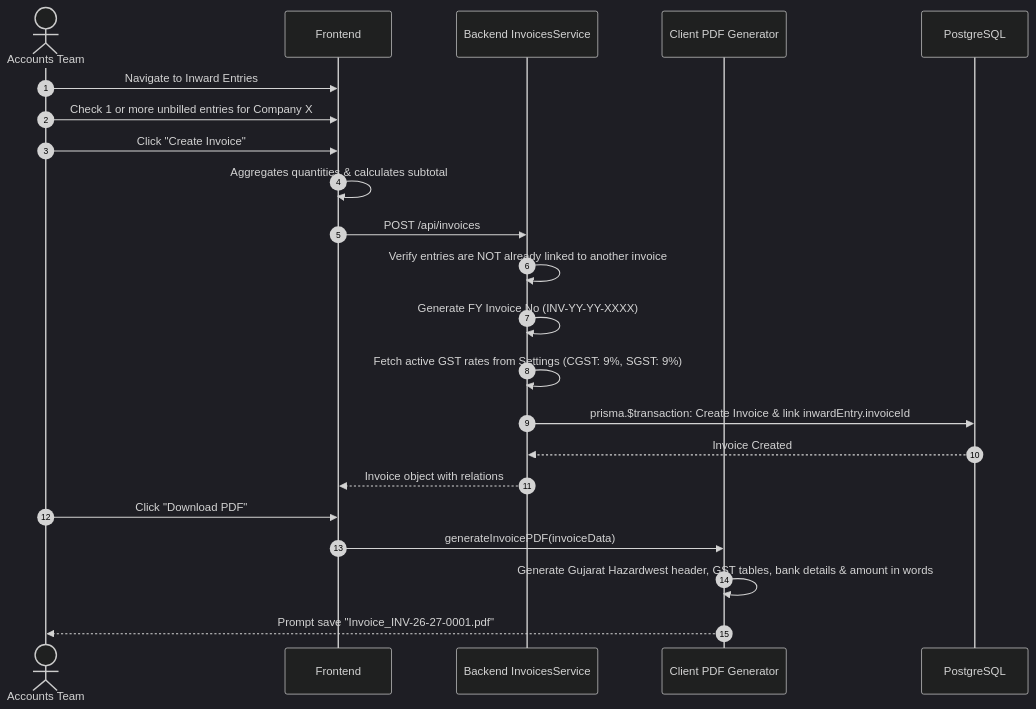
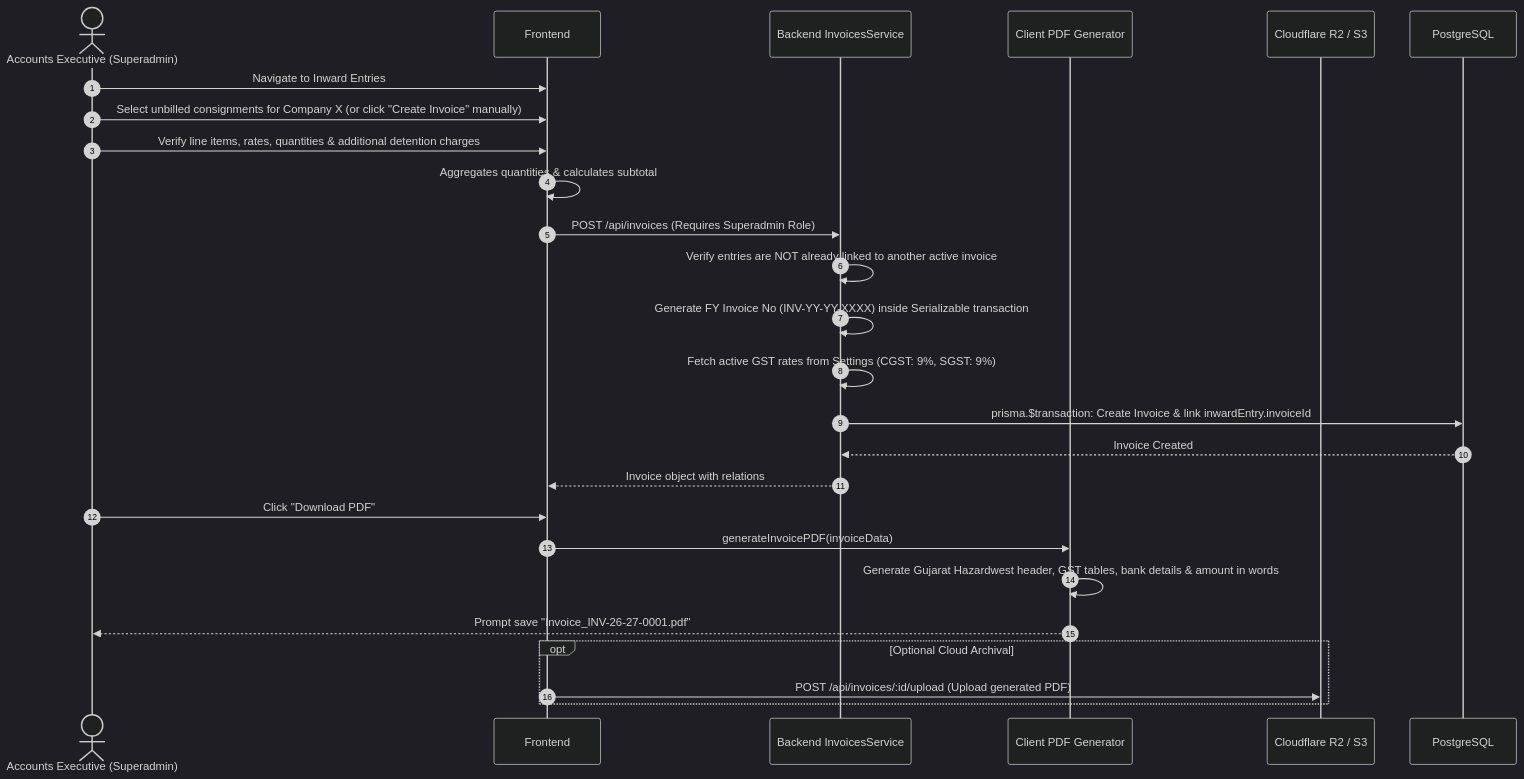
One commit to tarunatech/GHMC changed the fifth of 7 diagrams in PROJECT_DOCUMENTATION.md. Above: the diagram before and after it, drawn with Mermaid (dark theme). The commit also changed other lines of this file, not shown here.

````diff
--- a/PROJECT_DOCUMENTATION.md
+++ b/PROJECT_DOCUMENTATION.md
@@ -265,26 +284,31 @@
 ```mermaid
 sequenceDiagram
     autonumber
-    actor Accountant as Accounts Team
+    actor SuperAdmin as Accounts Executive (Superadmin)
     participant Frontend
     participant InvoicesService as Backend InvoicesService
     participant PDF as Client PDF Generator
+    participant Storage as Cloudflare R2 / S3
     participant DB as PostgreSQL
 
-    Accountant->>Frontend: Navigate to Inward Entries
-    Accountant->>Frontend: Check 1 or more unbilled entries for Company X
-    Accountant->>Frontend: Click "Create Invoice"
+    SuperAdmin->>Frontend: Navigate to Inward Entries
+    SuperAdmin->>Frontend: Select unbilled consignments for Company X (or click "Create Invoice" manually)
+    SuperAdmin->>Frontend: Verify line items, rates, quantities & additional detention charges
     Frontend->>Frontend: Aggregates quantities & calculates subtotal
-    Frontend->>InvoicesService: POST /api/invoices
-    InvoicesService->>InvoicesService: Verify entries are NOT already linked to another invoice
-    InvoicesService->>InvoicesService: Generate FY Invoice No (INV-YY-YY-XXXX)
+    Frontend->>InvoicesService: POST /api/invoices (Requires Superadmin Role)
+    InvoicesService->>InvoicesService: Verify entries are NOT already linked to another active invoice
+    InvoicesService->>InvoicesService: Generate FY Invoice No (INV-YY-YY-XXXX) inside Serializable transaction
     InvoicesService->>InvoicesService: Fetch active GST rates from Settings (CGST: 9%, SGST: 9%)
     InvoicesService->>DB: prisma.$transaction: Create Invoice & link inwardEntry.invoiceId
     DB-->>InvoicesService: Invoice Created
     InvoicesService-->>Frontend: Invoice object with relations
 
-    Accountant->>Frontend: Click "Download PDF"
+    SuperAdmin->>Frontend: Click "Download PDF"
     Frontend->>PDF: generateInvoicePDF(invoiceData)
     PDF->>PDF: Generate Gujarat Hazardwest header, GST tables, bank details & amount in words
-    PDF-->>Accountant: Prompt save "Invoice_INV-26-27-0001.pdf"
+    PDF-->>SuperAdmin: Prompt save "Invoice_INV-26-27-0001.pdf"
+
+    opt Optional Cloud Archival
+        Frontend->>Storage: POST /api/invoices/:id/upload (Upload generated PDF)
+    end
 ```
````
